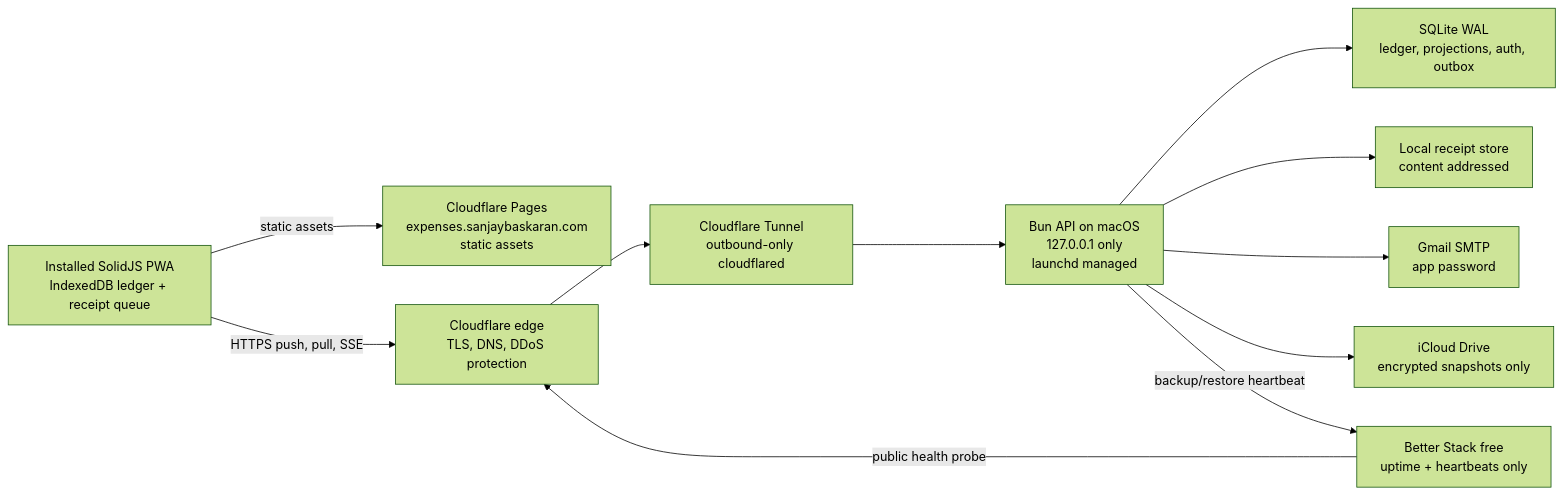
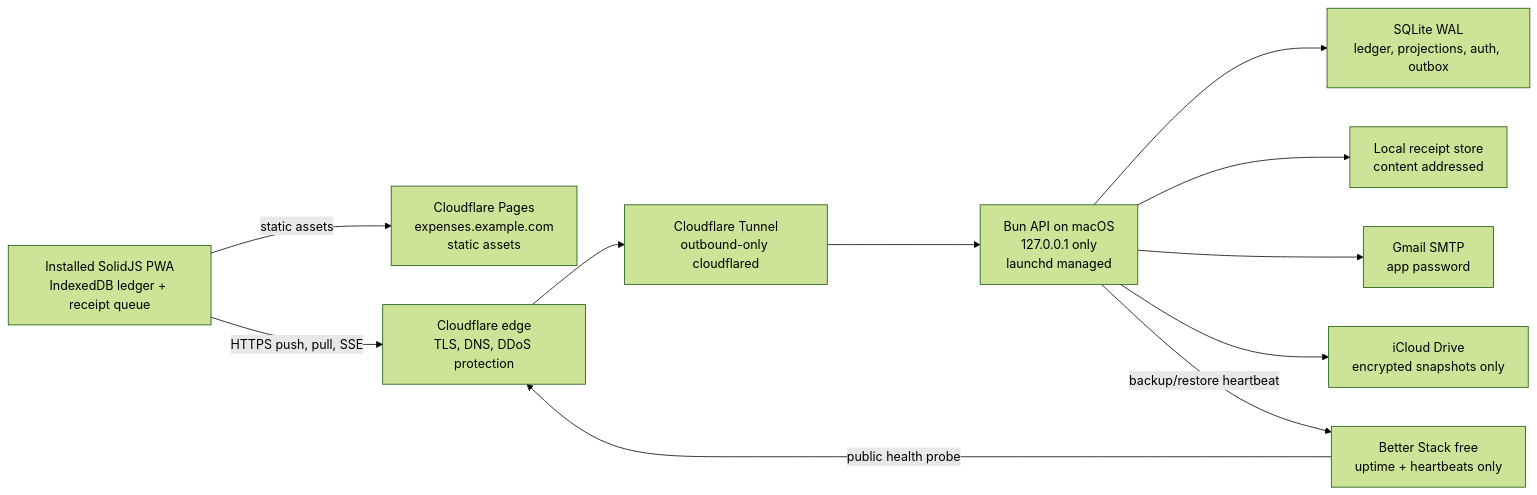
Before and after one commit to sanjaybaskaran01/shared-expenses: the diagram in outputs/zero-cost-fast-stack-infrastructure-plan.md, drawn with Mermaid (forest theme). The commit also changed other lines of this file and 11 other files, not shown here.

````diff
--- a/outputs/zero-cost-fast-stack-infrastructure-plan.md
+++ b/outputs/zero-cost-fast-stack-infrastructure-plan.md
@@ -17,23 +17,23 @@
 ```mermaid
 flowchart LR
     Phone["Installed SolidJS PWA\nIndexedDB ledger + receipt queue"]
-    Pages["Cloudflare Pages\nexpenses.sanjaybaskaran.com\nstatic assets"]
+    Pages["Cloudflare Pages\nexpenses.example.com\nstatic assets"]
     Edge["Cloudflare edge\nTLS, DNS, DDoS protection"]
     Tunnel["Cloudflare Tunnel\noutbound-only cloudflared"]
     API["Bun API on macOS\n127.0.0.1 only\nlaunchd managed"]
     DB["SQLite WAL\nledger, projections, auth, outbox"]
     Files["Local receipt store\ncontent addressed"]
     Gmail["Gmail SMTP\napp password"]
     ICloud["iCloud Drive\nencrypted snapshots only"]
     Monitor["Better Stack free\nuptime + heartbeats only"]
 
     Phone -->|"static assets"| Pages
     Phone -->|"HTTPS push, pull, SSE"| Edge
     Edge --> Tunnel --> API
     API --> DB
     API --> Files
     API --> Gmail
     API --> ICloud
     Monitor -->|"public health probe"| Edge
     API -->|"backup/restore heartbeat"| Monitor
 ```
````
